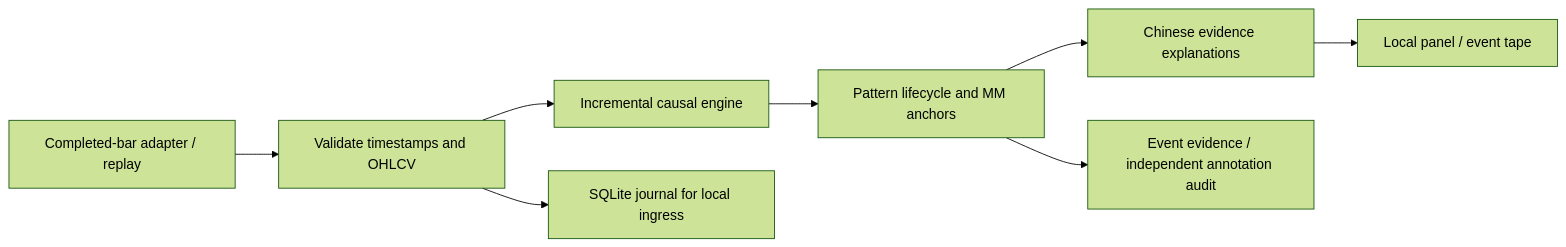
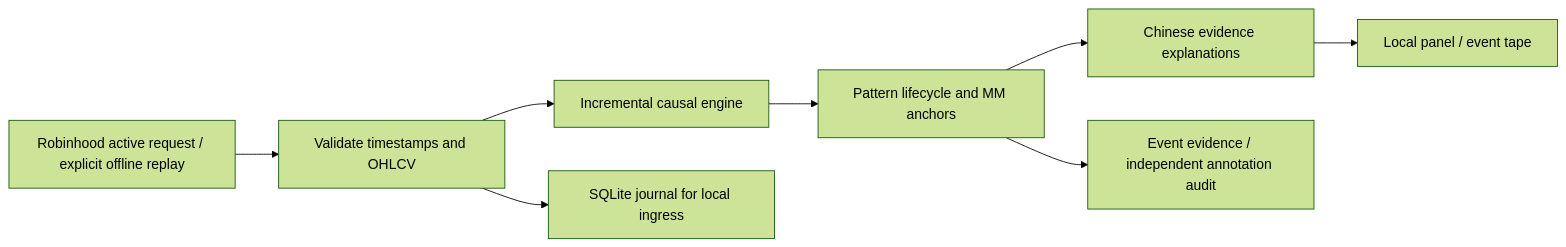
One commit to GordonBai/price-action-observer changed the diagram in README.md. Above: the diagram before and after it, drawn with Mermaid (forest theme). The commit also changed other lines of this file and 30 other files, not shown here.

Commit message:
feat: make Robinhood the active PA source with daily and derived 15m observations

````diff
--- a/README.md
+++ b/README.md
@@ -70,10 +99,10 @@
 ```mermaid
 flowchart LR
-  A[Completed-bar adapter / replay] --> B[Validate timestamps and OHLCV]
+  A[Robinhood active request / explicit offline replay] --> B[Validate timestamps and OHLCV]
   B --> C[Incremental causal engine]
   B --> J[SQLite journal for local ingress]
   C --> D[Pattern lifecycle and MM anchors]
   D --> E[Chinese evidence explanations]
   E --> F[Local panel / event tape]
   D --> G[Event evidence / independent annotation audit]
 ```
````
